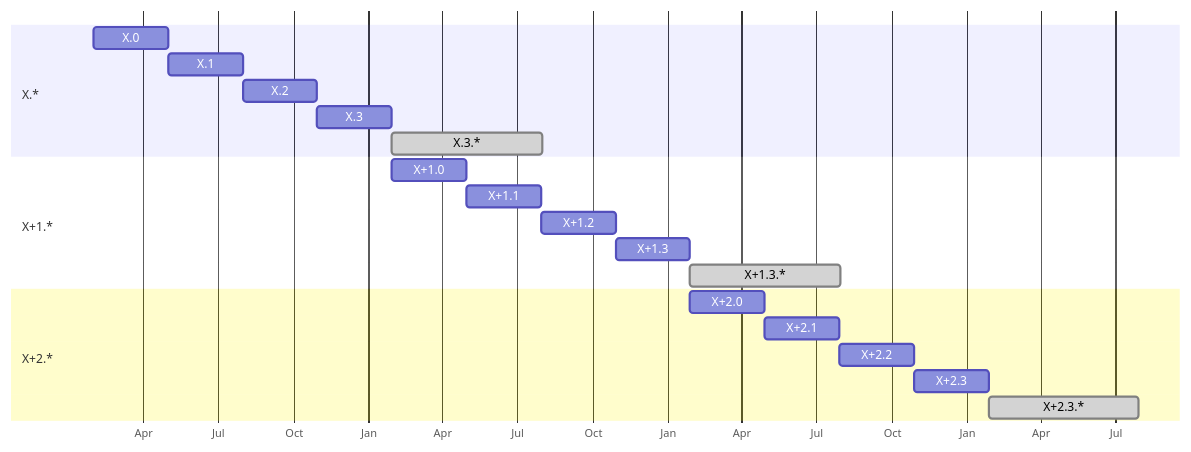
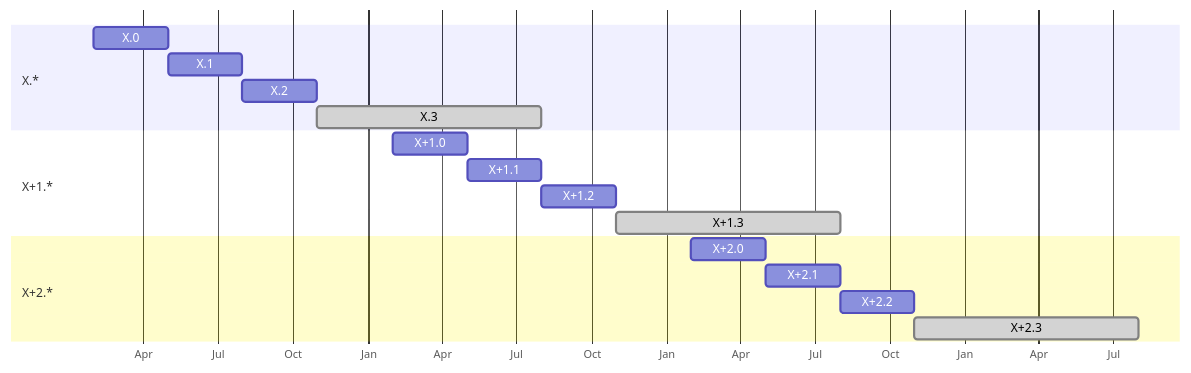
Before and after one commit to Qiskit/RFCs: the third of 4 diagrams in ####-release_cycle.md, drawn with Mermaid. The commit also changed other lines of this file, not shown here.

````diff
--- a/####-release_cycle.md
+++ b/####-release_cycle.md
@@ -120,25 +120,22 @@
 ```mermaid
 gantt
     dateFormat  YYYY-MM-DD
     tickInterval 3month
     todayMarker off
     axisFormat %b
     section X.*
     X.0   :rX0Y0, 2024-01-31, 91d
     X.1   :rX0Y1, after rX0Y0, 91d
     X.2   :rX0Y2, after rX0Y1, 91d
-    X.3   :rX0Y3, after rX0Y2, 91d
-    X.3.*   :done, X0Y3s, after rX0Y3, 183d
+    X.3   :done, rX0Y3, after rX0Y2, 274d
     section X+1.*
-    X+1.0    :rX1Y0, after rX0Y3, 91d
+    X+1.0    :rX1Y0, 2025-01-31, 91d
     X+1.1    :rX1Y1, after rX1Y0, 91d
     X+1.2    :rX1Y2, after rX1Y1, 91d
-    X+1.3    :rX1Y3, after rX1Y2, 91d
-    X+1.3.*  :done, rX1Y3s, after rX1Y3, 183d
+    X+1.3    :done, rX1Y3, after rX1Y2, 274d
     section X+2.*
-    X+2.0    :rX2Y0, after rX1Y3, 91d
+    X+2.0    :rX2Y0, 2026-01-31, 91d
     X+2.1    :rX2Y1, after rX2Y0, 91d
     X+2.2    :rX2Y2, after rX2Y1, 91d
-    X+2.3    :rX2Y3, after rX2Y2, 91d
-    X+2.3.*  :done, rX2Y3s, after rX2Y3, 183d
+    X+2.3    :done, rX2Y3s, after rX2Y2, 274d
 ```
````
